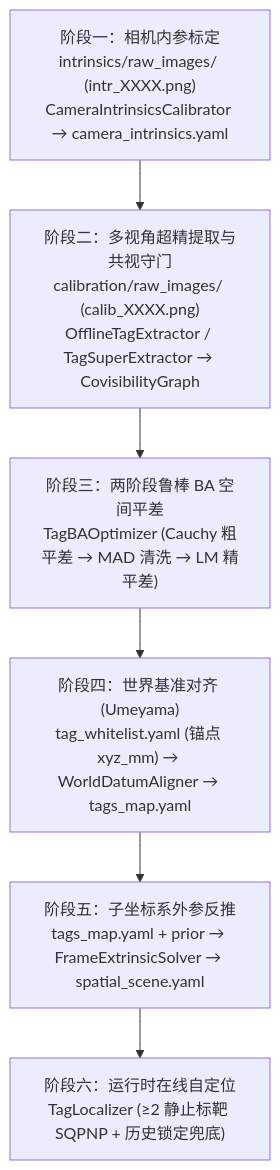
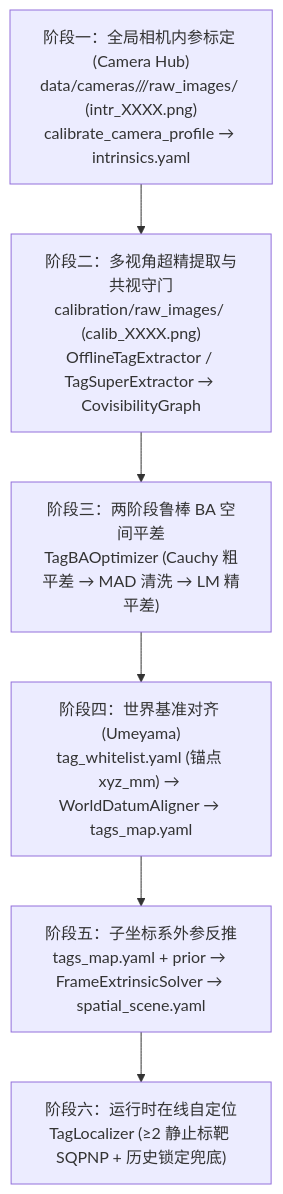
Before and after one commit to voicevon/spatial_vision: the diagram in docs/calibration_pipeline.md, drawn with Mermaid. The commit also changed other lines of this file and 47 other files, not shown here.

Commit message:
feat(cameras,sorter): 引入独立相机注册中心与 CameraHub，新增芦笋视觉分拣生产运行时并同步文档与测试

````diff
--- a/docs/calibration_pipeline.md
+++ b/docs/calibration_pipeline.md
@@ -10,11 +10,11 @@
 ```mermaid
 flowchart TD
-    S1["阶段一：相机内参标定<br>intrinsics/raw_images/ (intr_XXXX.png)<br>CameraIntrinsicsCalibrator → camera_intrinsics.yaml"]
+    S1["阶段一：全局相机内参标定 (Camera Hub)<br>data/cameras/<camera_id>/<WxH>/raw_images/ (intr_XXXX.png)<br>calibrate_camera_profile → intrinsics.yaml"]
     S2["阶段二：多视角超精提取与共视守门<br>calibration/raw_images/ (calib_XXXX.png)<br>OfflineTagExtractor / TagSuperExtractor → CovisibilityGraph"]
     S3["阶段三：两阶段鲁棒 BA 空间平差<br>TagBAOptimizer (Cauchy 粗平差 → MAD 清洗 → LM 精平差)"]
     S4["阶段四：世界基准对齐 (Umeyama)<br>tag_whitelist.yaml (锚点 xyz_mm) → WorldDatumAligner → tags_map.yaml"]
     S5["阶段五：子坐标系外参反推<br>tags_map.yaml + prior → FrameExtrinsicSolver → spatial_scene.yaml"]
     S6["阶段六：运行时在线自定位<br>TagLocalizer (≥2 静止标靶 SQPNP + 历史锁定兜底)"]
 
     S1 --> S2 --> S3 --> S4 --> S5 --> S6
 ```
````
